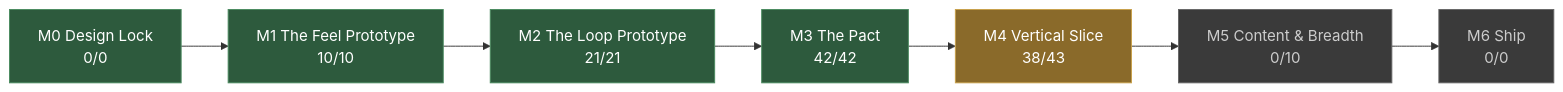
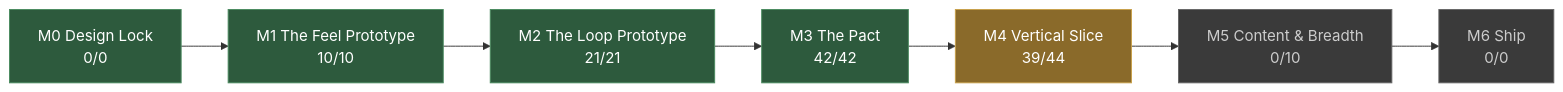
One commit to JoshuaGessner/she changed the diagram in docs/STATUS.md. Above: the diagram before and after it, drawn with Mermaid. The commit also changed other lines of this file and 14 other files, not shown here.

````diff
--- a/docs/STATUS.md
+++ b/docs/STATUS.md
@@ -13,19 +13,19 @@
 ```mermaid
 flowchart LR
   M0["M0 Design Lock<br/>0/0"]:::passed
   M1["M1 The Feel Prototype<br/>10/10"]:::passed
   M0 --> M1
   M2["M2 The Loop Prototype<br/>21/21"]:::passed
   M1 --> M2
   M3["M3 The Pact<br/>42/42"]:::passed
   M2 --> M3
-  M4["M4 Vertical Slice<br/>38/43"]:::current
+  M4["M4 Vertical Slice<br/>39/44"]:::current
   M3 --> M4
   M5["M5 Content & Breadth<br/>0/10"]:::ahead
   M4 --> M5
   M6["M6 Ship<br/>0/0"]:::ahead
   M5 --> M6
   classDef passed fill:#2d5a3d,stroke:#4a8a5f,color:#fff
   classDef current fill:#8a6a2a,stroke:#c8a04a,color:#fff
   classDef ahead fill:#3a3a3a,stroke:#666,color:#ccc
 ```
````
